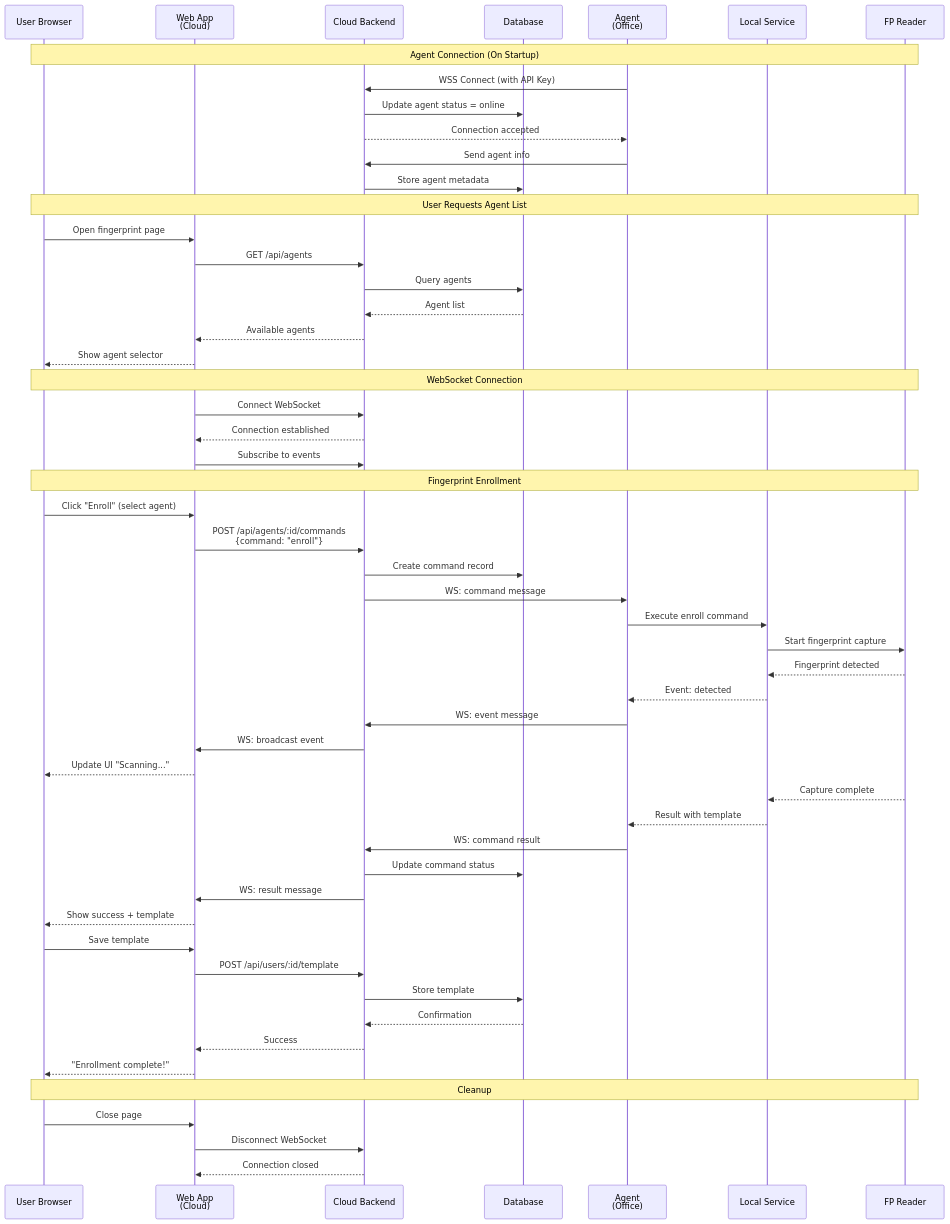
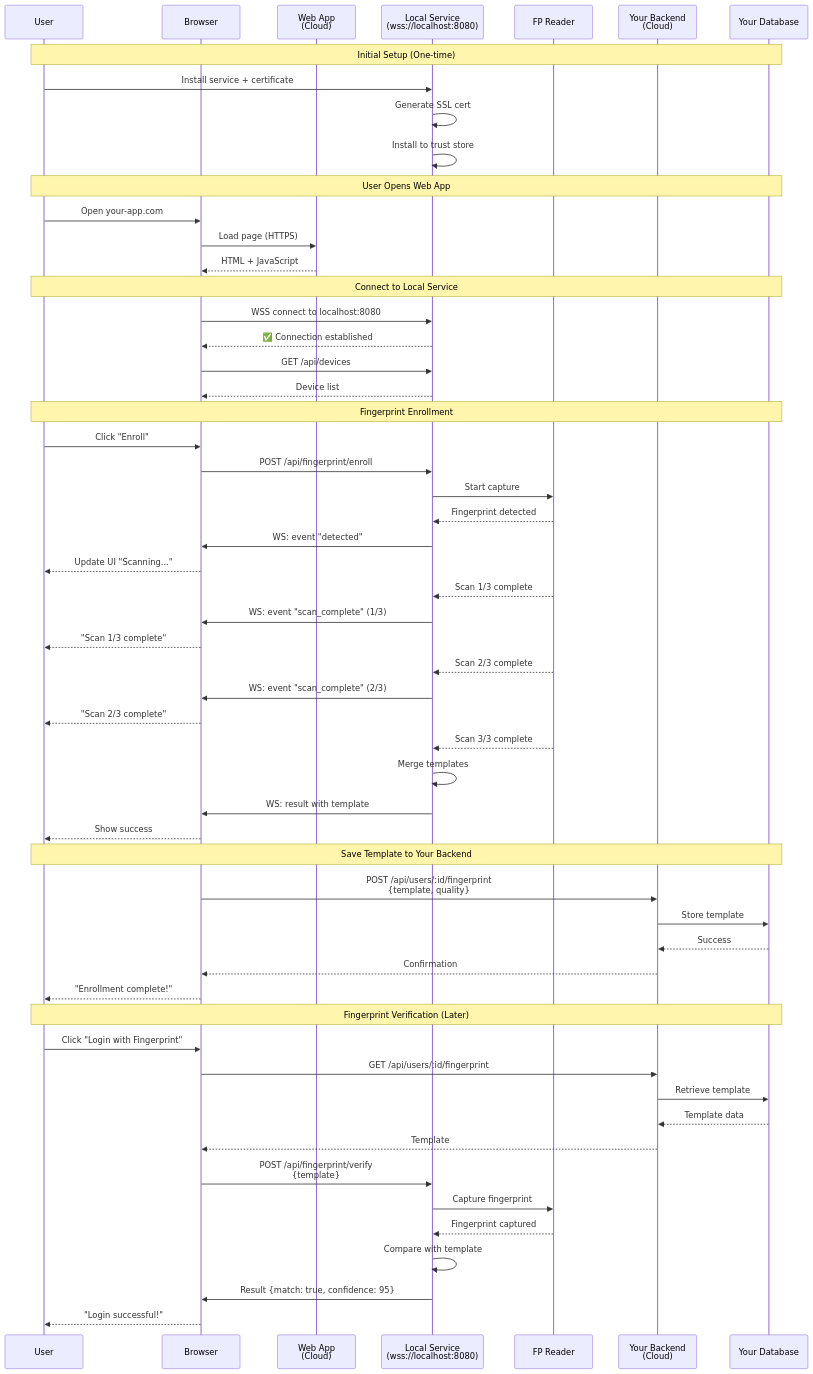
Before and after one commit to devkazuto/docs-site-fingerprint: the third of 3 diagrams in docs/intro.md, drawn with Mermaid. The commit also changed other lines of this file and 2 other files, not shown here.

First line of the commit message:
docs(guides): Update fingerprint enrollment and verification flow documentation

````diff
--- a/docs/intro.md
+++ b/docs/intro.md
@@ -174,63 +130,69 @@
 ```mermaid
 sequenceDiagram
-    participant User as User Browser
+    participant User as User
+    participant Browser as Browser
     participant WebApp as Web App<br/>(Cloud)
-    participant Backend as Cloud Backend
-    participant DB as Database
-    participant Agent as Agent<br/>(Office)
-    participant Service as Local Service
+    participant Service as Local Service<br/>(wss://localhost:8080)
     participant Device as FP Reader
+    participant Backend as Your Backend<br/>(Cloud)
+    participant DB as Your Database
     
-    Note over User,Device: Agent Connection (On Startup)
-    Agent->>Backend: WSS Connect (with API Key)
-    Backend->>DB: Update agent status = online
-    Backend-->>Agent: Connection accepted
-    Agent->>Backend: Send agent info
-    Backend->>DB: Store agent metadata
+    Note over User,DB: Initial Setup (One-time)
+    User->>Service: Install service + certificate
+    Service->>Service: Generate SSL cert
+    Service->>Service: Install to trust store
     
-    Note over User,Device: User Requests Agent List
-    User->>WebApp: Open fingerprint page
-    WebApp->>Backend: GET /api/agents
-    Backend->>DB: Query agents
-    DB-->>Backend: Agent list
-    Backend-->>WebApp: Available agents
-    WebApp-->>User: Show agent selector
+    Note over User,DB: User Opens Web App
+    User->>Browser: Open your-app.com
+    Browser->>WebApp: Load page (HTTPS)
+    WebApp-->>Browser: HTML + JavaScript
     
-    Note over User,Device: WebSocket Connection
-    WebApp->>Backend: Connect WebSocket
-    Backend-->>WebApp: Connection established
-    WebApp->>Backend: Subscribe to events
+    Note over User,DB: Connect to Local Service
+    Browser->>Service: WSS connect to localhost:8080
+    Service-->>Browser: ✅ Connection established
+    Browser->>Service: GET /api/devices
+    Service-->>Browser: Device list
     
-    Note over User,Device: Fingerprint Enrollment
-    User->>WebApp: Click "Enroll" (select agent)
-    WebApp->>Backend: POST /api/agents/:id/commands<br/>{command: "enroll"}
-    Backend->>DB: Create command record
-    Backend->>Agent: WS: command message
-    Agent->>Service: Execute enroll command
-    Service->>Device: Start fingerprint capture
+    Note over User,DB: Fingerprint Enrollment
+    User->>Browser: Click "Enroll"
+    Browser->>Service: POST /api/fingerprint/enroll
+    Service->>Device: Start capture
     
     Device-->>Service: Fingerprint detected
-    Service-->>Agent: Event: detected
-    Agent->>Backend: WS: event message
-    Backend->>WebApp: WS: broadcast event
-    WebApp-->>User: Update UI "Scanning..."
+    Service->>Browser: WS: event "detected"
+    Browser-->>User: Update UI "Scanning..."
     
-    Device-->>Service: Capture complete
-    Service-->>Agent: Result with template
-    Agent->>Backend: WS: command result
-    Backend->>DB: Update command status
-    Backend->>WebApp: WS: result message
-    WebApp-->>User: Show success + template
+    Device-->>Service: Scan 1/3 complete
+    Service->>Browser: WS: event "scan_complete" (1/3)
+    Browser-->>User: "Scan 1/3 complete"
     
-    User->>WebApp: Save template
-    WebApp->>Backend: POST /api/users/:id/template
+    Device-->>Service: Scan 2/3 complete
+    Service->>Browser: WS: event "scan_complete" (2/3)
+    Browser-->>User: "Scan 2/3 complete"
+    
+    Device-->>Service: Scan 3/3 complete
+    Service->>Service: Merge templates
+    Service->>Browser: WS: result with template
+    Browser-->>User: Show success
+    
+    Note over User,DB: Save Template to Your Backend
+    Browser->>Backend: POST /api/users/:id/fingerprint<br/>{template, quality}
     Backend->>DB: Store template
-    DB-->>Backend: Confirmation
-    Backend-->>WebApp: Success
-    WebApp-->>User: "Enrollment complete!"
+    DB-->>Backend: Success
+    Backend-->>Browser: Confirmation
+    Browser-->>User: "Enrollment complete!"
     
-    Note over User,Device: Cleanup
-    User->>WebApp: Close page
-    WebApp->>Backend: Disconnect WebSocket
-    Backend-->>WebApp: Connection closed
+    Note over User,DB: Fingerprint Verification (Later)
+    User->>Browser: Click "Login with Fingerprint"
+    Browser->>Backend: GET /api/users/:id/fingerprint
+    Backend->>DB: Retrieve template
+    DB-->>Backend: Template data
+    Backend-->>Browser: Template
+    
+    Browser->>Service: POST /api/fingerprint/verify<br/>{template}
+    Service->>Device: Capture fingerprint
+    Device-->>Service: Fingerprint captured
+    Service->>Service: Compare with template
+    Service->>Browser: Result {match: true, confidence: 95}
+    Browser-->>User: "Login successful!"
 ```
````
